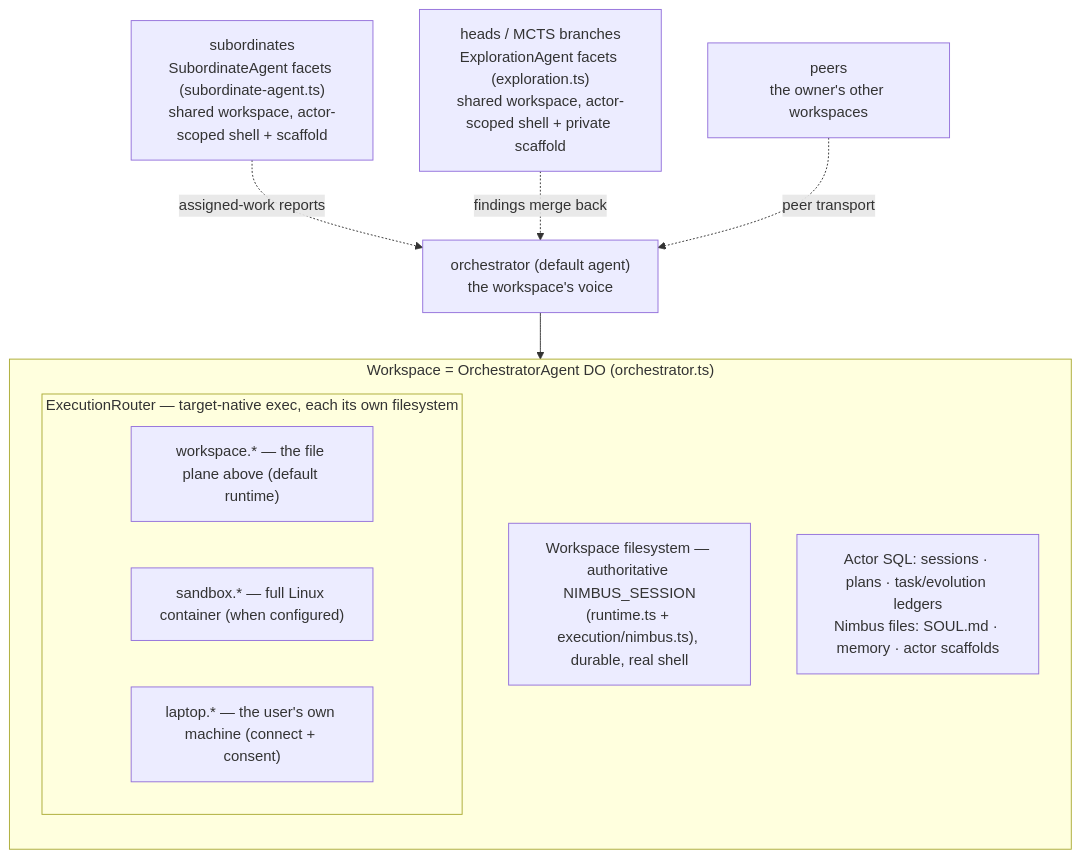
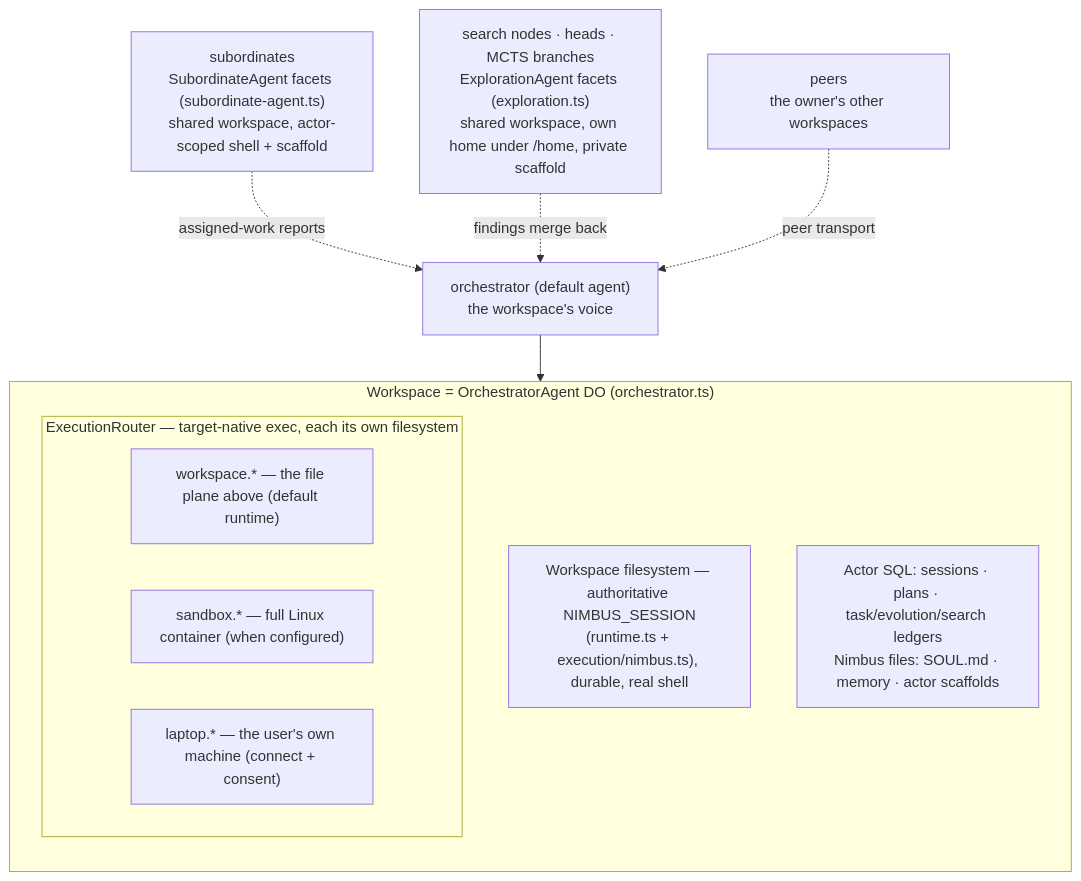
The first of 5 diagrams in docs/ARCHITECTURE.md (AshishKumar4/Proteus), drawn with Mermaid before and after one commit. The commit also changed other lines of this file, not shown here.

````diff
--- a/docs/ARCHITECTURE.md
+++ b/docs/ARCHITECTURE.md
@@ -29,18 +30,18 @@
 ```mermaid
 graph TB
     subgraph WS["Workspace = OrchestratorAgent DO (orchestrator.ts)"]
         direction TB
         Files["Workspace filesystem — authoritative NIMBUS_SESSION<br/>(runtime.ts + execution/nimbus.ts), durable, real shell"]
         subgraph Execs["ExecutionRouter — target-native exec, each its own filesystem"]
             W["workspace.* — the file plane above (default runtime)"]
             S["sandbox.* — full Linux container (when configured)"]
             P["laptop.* — the user's own machine (connect + consent)"]
         end
-        State["Actor SQL: sessions · plans · task/evolution ledgers<br/>Nimbus files: SOUL.md · memory · actor scaffolds"]
+        State["Actor SQL: sessions · plans · task/evolution/search ledgers<br/>Nimbus files: SOUL.md · memory · actor scaffolds"]
     end
 
     Orch["orchestrator (default agent)<br/>the workspace's voice"] --> WS
     Subs["subordinates<br/>SubordinateAgent facets (subordinate-agent.ts)<br/>shared workspace, actor-scoped shell + scaffold"] -.->|assigned-work reports| Orch
-    Heads["heads / MCTS branches<br/>ExplorationAgent facets (exploration.ts)<br/>shared workspace, actor-scoped shell + private scaffold"] -.->|findings merge back| Orch
+    Heads["search nodes · heads · MCTS branches<br/>ExplorationAgent facets (exploration.ts)<br/>shared workspace, own home under /home, private scaffold"] -.->|findings merge back| Orch
     Peers["peers<br/>the owner's other workspaces"] -.->|peer transport| Orch
 ```
````
